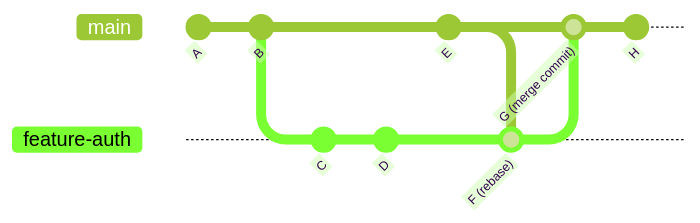
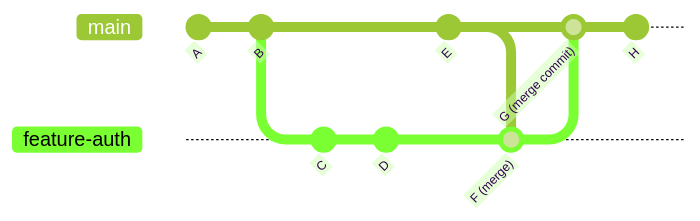
The second of 4 diagrams in docs/docs_git-notes/04-remotes-and-workflows/02-workflows.md (WyattAu/WyattsNotes), drawn with Mermaid (forest theme) before and after one commit. The commit also changed other lines of this file and 32 other files, not shown here.

````diff
--- a/docs/docs_git-notes/04-remotes-and-workflows/02-workflows.md
+++ b/docs/docs_git-notes/04-remotes-and-workflows/02-workflows.md
@@ -80,16 +85,16 @@
 ```mermaid
 gitGraph
     commit id: "A"
     commit id: "B"
     branch feature-auth
     checkout feature-auth
     commit id: "C"
     commit id: "D"
     checkout main
     commit id: "E"
     checkout feature-auth
-    merge main id: "F (rebase)"
+    merge main id: "F (merge)"
     checkout main
     merge feature-auth id: "G (merge commit)"
     commit id: "H"
 ```
````
